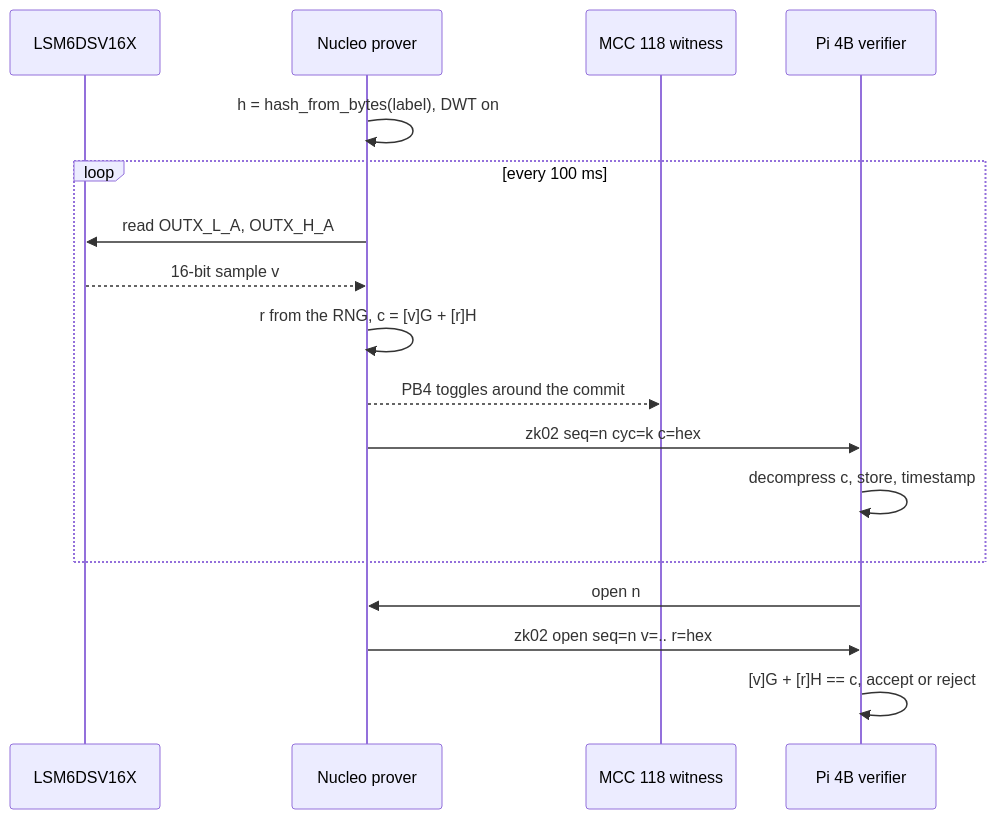
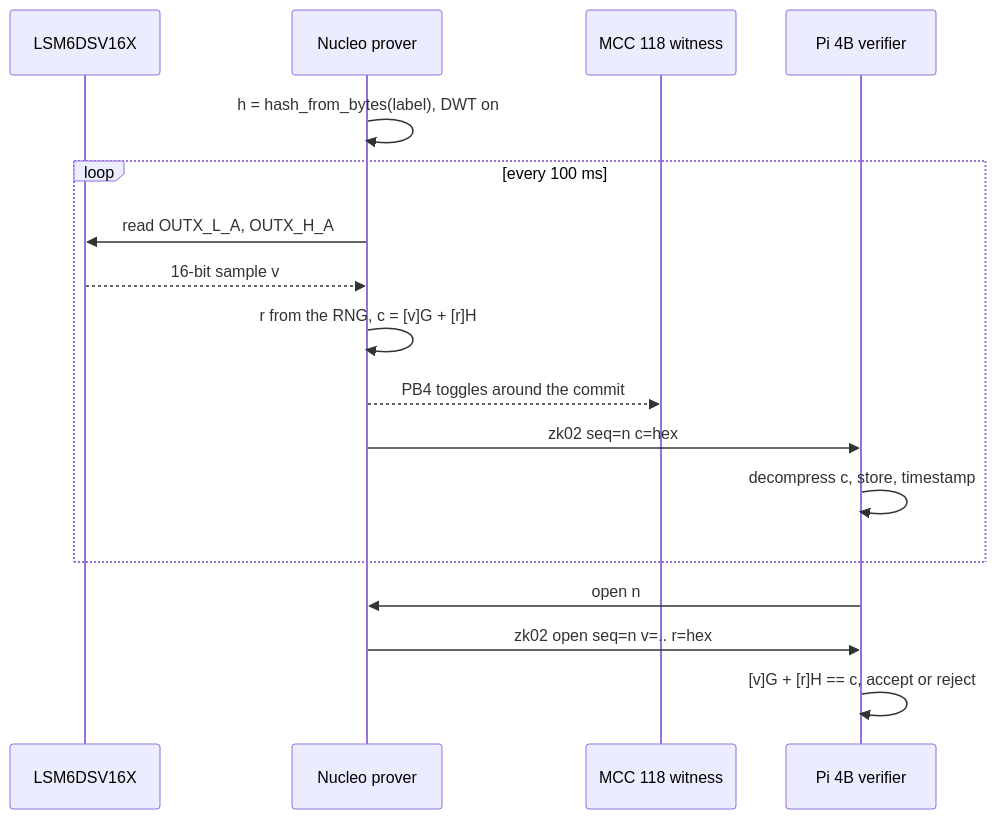
One commit to ambrosiobing/embedded-zkmc changed the first of 2 diagrams in chapters/02-a-sensor-reading-committed-on-the-microcontroller.md. Above: the diagram before and after it, drawn with Mermaid. The commit also changed other lines of this file and 33 other files, not shown here.

````diff
--- a/chapters/02-a-sensor-reading-committed-on-the-microcontroller.md
+++ b/chapters/02-a-sensor-reading-committed-on-the-microcontroller.md
@@ -257,19 +274,19 @@
 ```mermaid
 sequenceDiagram
   participant X as LSM6DSV16X
   participant N as Nucleo prover
   participant W as MCC 118 witness
   participant V as Pi 4B verifier
   N->>N: h = hash_from_bytes(label), DWT on
   loop every 100 ms
     N->>X: read OUTX_L_A, OUTX_H_A
     X-->>N: 16-bit sample v
     N->>N: r from the RNG, c = [v]G + [r]H
     N-->>W: PB4 toggles around the commit
-    N->>V: zk02 seq=n cyc=k c=hex
+    N->>V: zk02 seq=n c=hex
     V->>V: decompress c, store, timestamp
   end
   V->>N: open n
   N->>V: zk02 open seq=n v=.. r=hex
   V->>V: [v]G + [r]H == c, accept or reject
 ```
````
